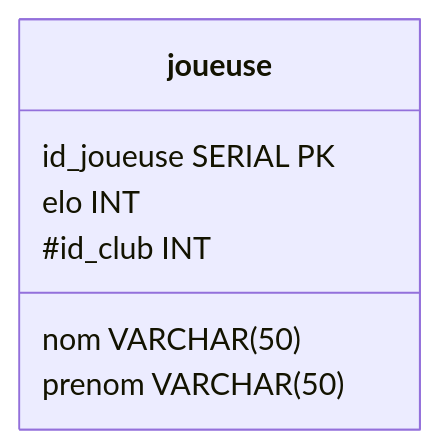
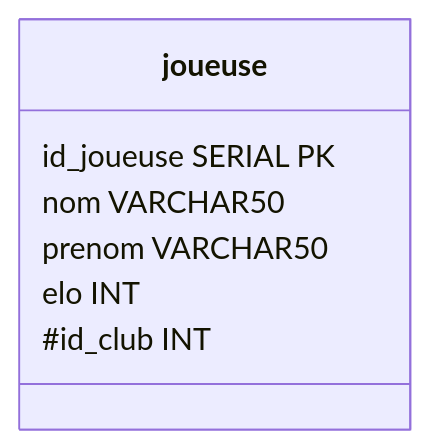
One commit to ludo2ne/ENSAI-1A-SQL changed the second of 5 diagrams in doc/cours/formalisation.qmd. Above: the diagram before and after it, drawn with Mermaid. The commit also changed other lines of this file and 2 other files, not shown here.

````diff
--- a/doc/cours/formalisation.qmd
+++ b/doc/cours/formalisation.qmd
@@ -206,10 +206,10 @@
 ```{mermaid}
 classDiagram
     class joueuse {
         id_joueuse SERIAL PK
-        nom        VARCHAR(50)
-        prenom     VARCHAR(50)
+        nom        VARCHAR50
+        prenom     VARCHAR50
         elo        INT
         #id_club   INT
     }
 ```
````
